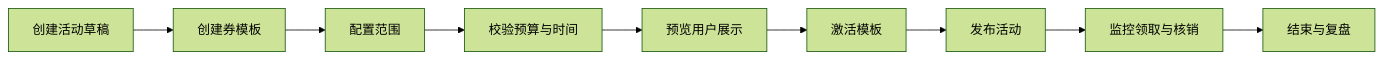
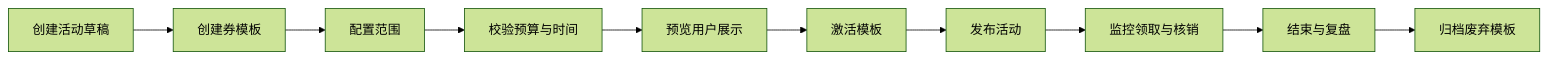
One commit to Krazisor/shiguang_mall_server changed the diagram in docs/development/coupon-implementation-and-operations.md. Above: the diagram before and after it, drawn with Mermaid (forest theme). The commit also changed other lines of this file and 15 other files, not shown here.

```diff
--- a/docs/development/coupon-implementation-and-operations.md
+++ b/docs/development/coupon-implementation-and-operations.md
@@ -116,11 +117,12 @@
 ~~~mermaid
 flowchart LR
     A["创建活动草稿"] --> B["创建券模板"]
     B --> C["配置范围"]
     C --> D["校验预算与时间"]
     D --> E["预览用户展示"]
     E --> F["激活模板"]
     F --> G["发布活动"]
     G --> H["监控领取与核销"]
     H --> I["结束与复盘"]
+    I --> J["归档废弃模板"]
 ~~~
```
